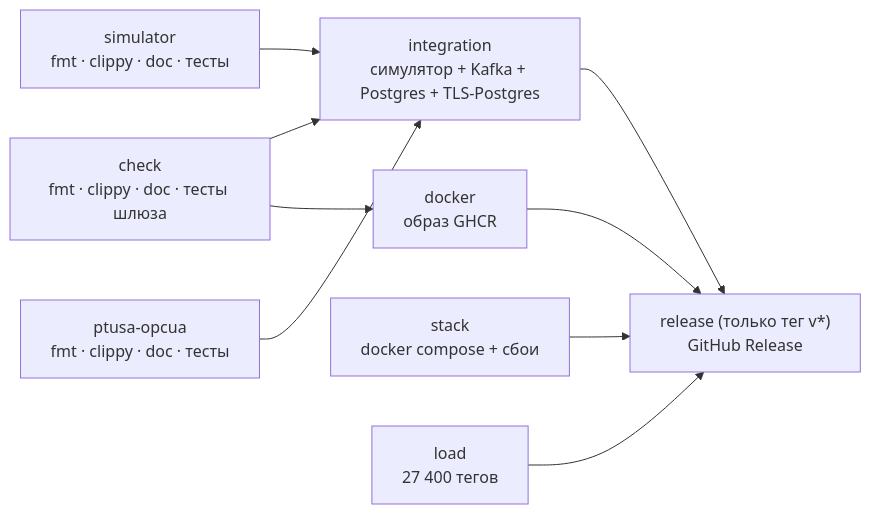
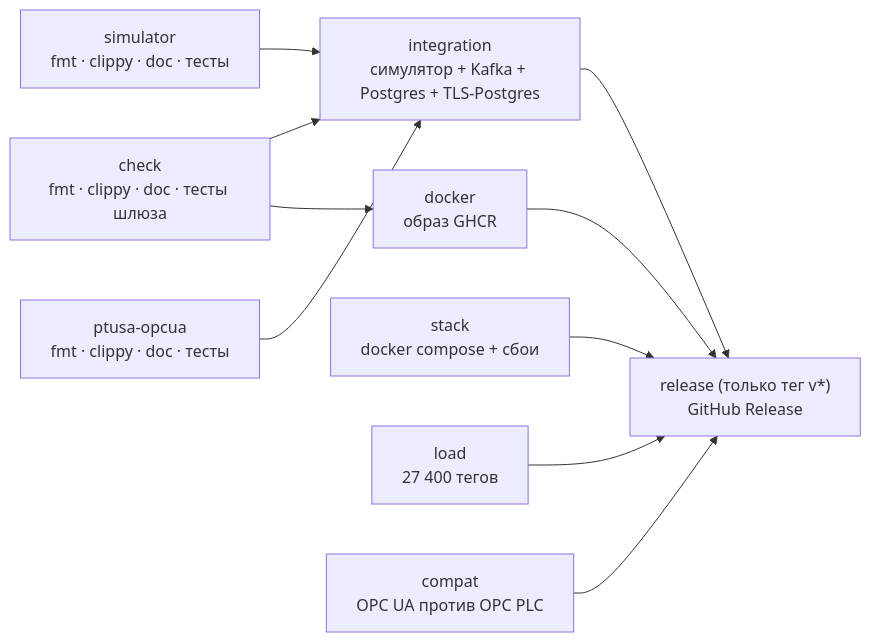
Before and after one commit to EuZireael/SCADA_gateway_rust: the diagram in docs/DEVELOPMENT.md, drawn with Mermaid. The commit also changed other lines of this file and 4 other files, not shown here.

First line of the commit message:
CI: проверка клиента OPC UA против независимого сервера OPC PLC (#100)

````diff
--- a/docs/DEVELOPMENT.md
+++ b/docs/DEVELOPMENT.md
@@ -110,11 +136,12 @@
 ```mermaid
 flowchart LR
     check["check<br/>fmt · clippy · doc · тесты шлюза"] --> integration
     sim["simulator<br/>fmt · clippy · doc · тесты"] --> integration
     fac["ptusa-opcua<br/>fmt · clippy · doc · тесты"] --> integration
     integration["integration<br/>симулятор + Kafka + Postgres + TLS-Postgres"]
     check --> docker["docker<br/>образ GHCR"]
     stack["stack<br/>docker compose + сбои"]
     load["load<br/>27 400 тегов"]
-    integration & docker & stack & load --> release["release (только тег v*)<br/>GitHub Release"]
+    compat["compat<br/>OPC UA против OPC PLC"]
+    integration & docker & stack & load & compat --> release["release (только тег v*)<br/>GitHub Release"]
 ```
````
